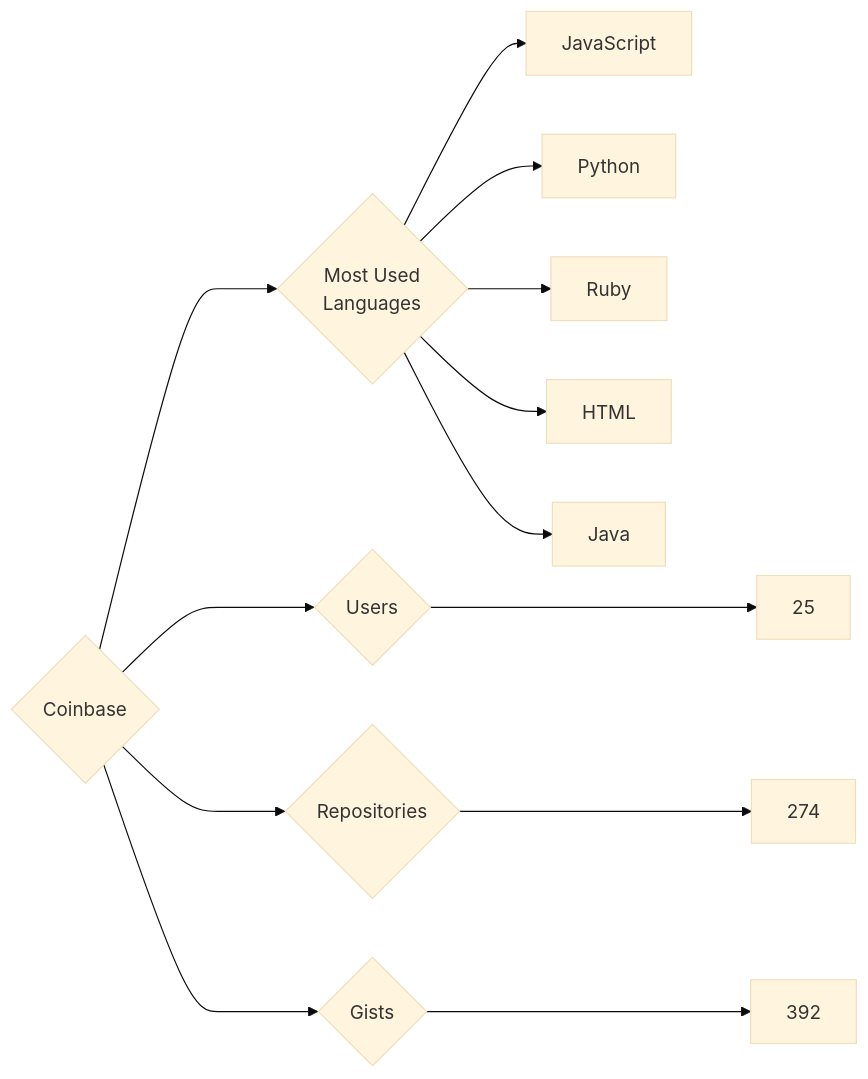
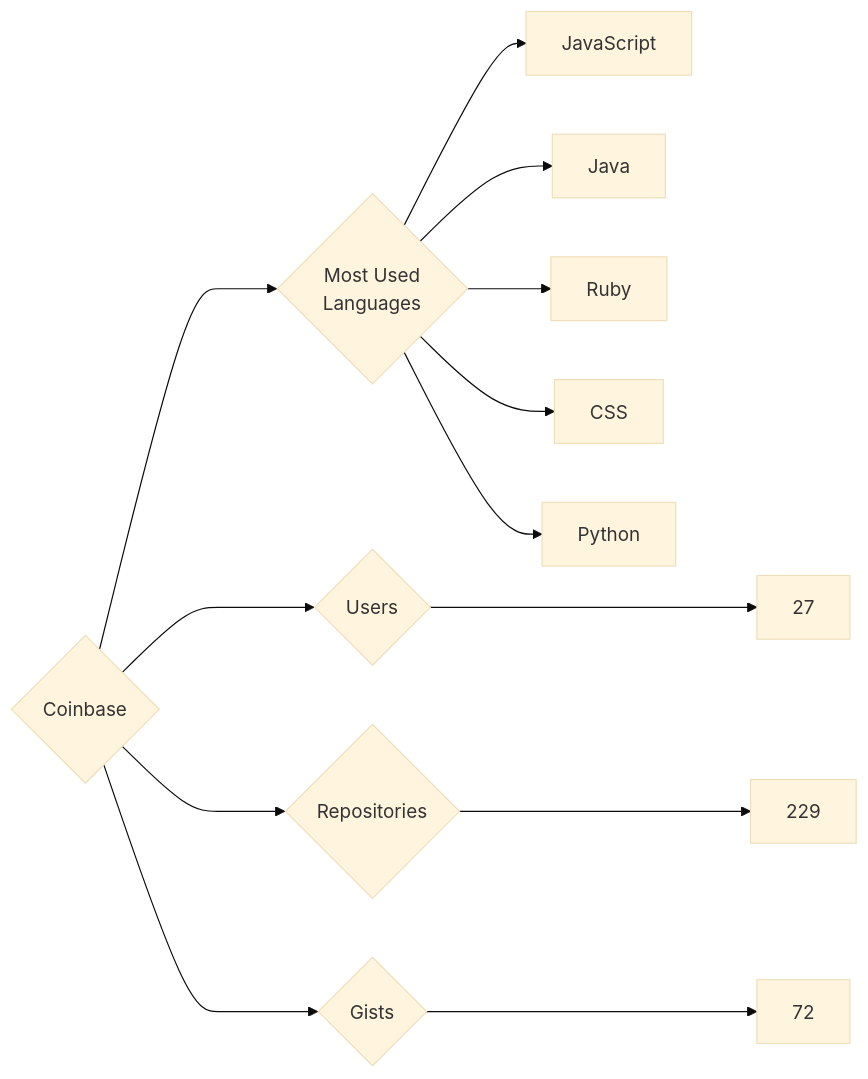
The diagram in targets/Coinbase/README.md (trickest/insiders), drawn with Mermaid (base theme) before and after one commit. The commit also changed 440 other files, not shown here.

````diff
--- a/targets/Coinbase/README.md
+++ b/targets/Coinbase/README.md
@@ -3,13 +3,13 @@
 ```mermaid
 graph LR
 COMPANY_NAME{Coinbase}
-COMPANY_NAME ---> U{Users} ---> UN[25]
-COMPANY_NAME ---> R{Repositories} ---> RN[274]
-COMPANY_NAME ---> G{Gists} ---> GN[392]
+COMPANY_NAME ---> U{Users} ---> UN[27]
+COMPANY_NAME ---> R{Repositories} ---> RN[229]
+COMPANY_NAME ---> G{Gists} ---> GN[72]
 COMPANY_NAME ---> ML{Most Used<br>Languages}
 ML --> JavaScript[JavaScript]
+ML --> Java[Java]
+ML --> Ruby[Ruby]
+ML --> CSS[CSS]
 ML --> Python[Python]
-ML --> Ruby[Ruby]
-ML --> HTML[HTML]
-ML --> Java[Java]
 ```
````
